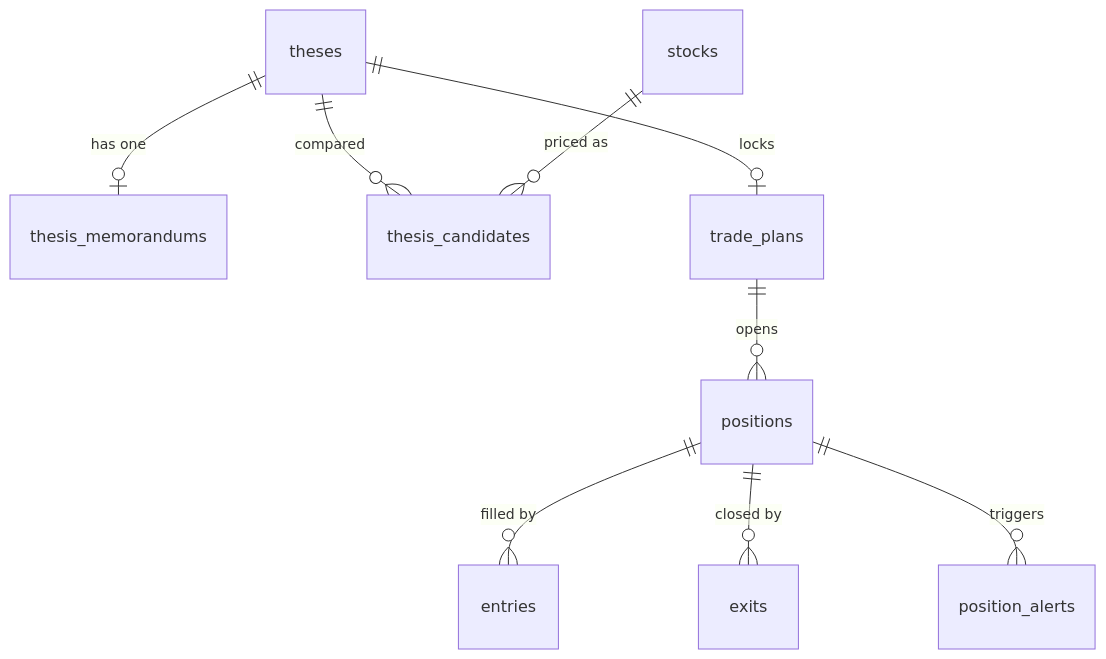
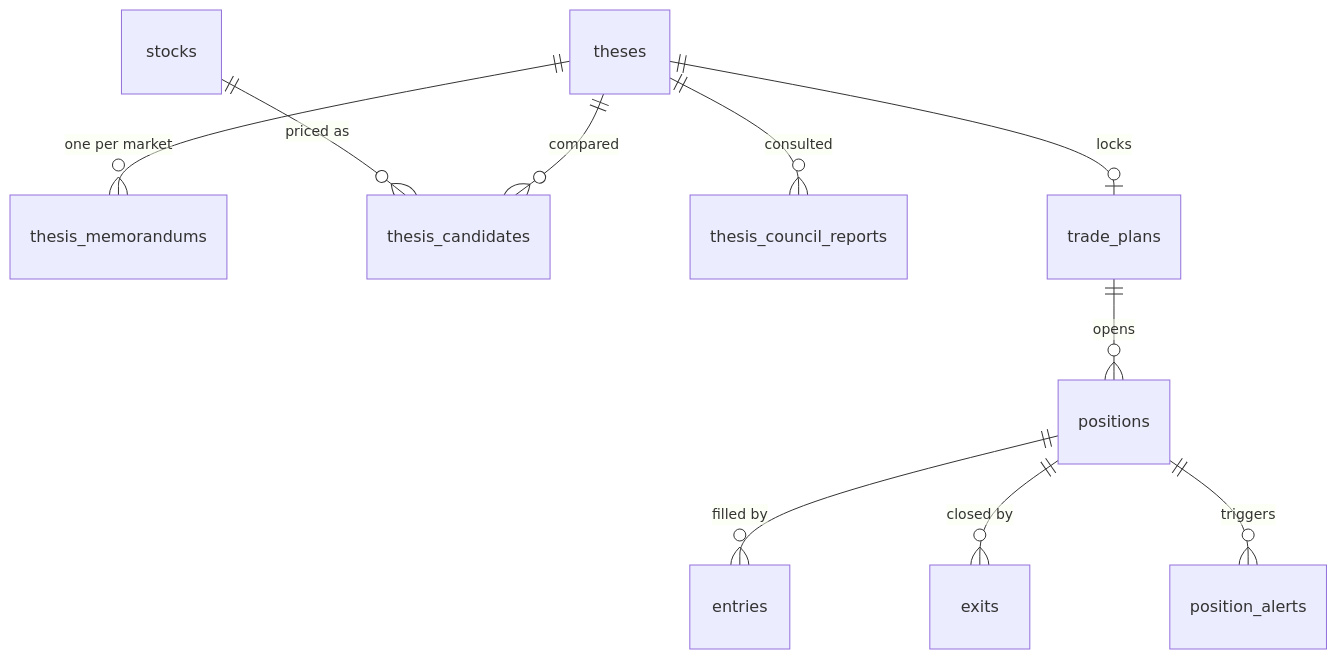
The second of 2 diagrams in README.md (harshf15-code/Jarvis_Investment_Thesis_Validator), drawn with Mermaid before and after one commit. The commit also changed other lines of this file and 23 other files, not shown here.

````diff
--- a/README.md
+++ b/README.md
@@ -234,11 +299,12 @@
 ```mermaid
 erDiagram
-    theses ||--o| thesis_memorandums : "has one"
+    theses ||--o{ thesis_memorandums : "one per market"
     theses ||--o{ thesis_candidates : "compared"
+    theses ||--o{ thesis_council_reports : "consulted"
     theses ||--o| trade_plans : "locks"
     trade_plans ||--o{ positions : "opens"
     positions ||--o{ entries : "filled by"
     positions ||--o{ exits : "closed by"
     positions ||--o{ position_alerts : "triggers"
     stocks ||--o{ thesis_candidates : "priced as"
 ```
````
